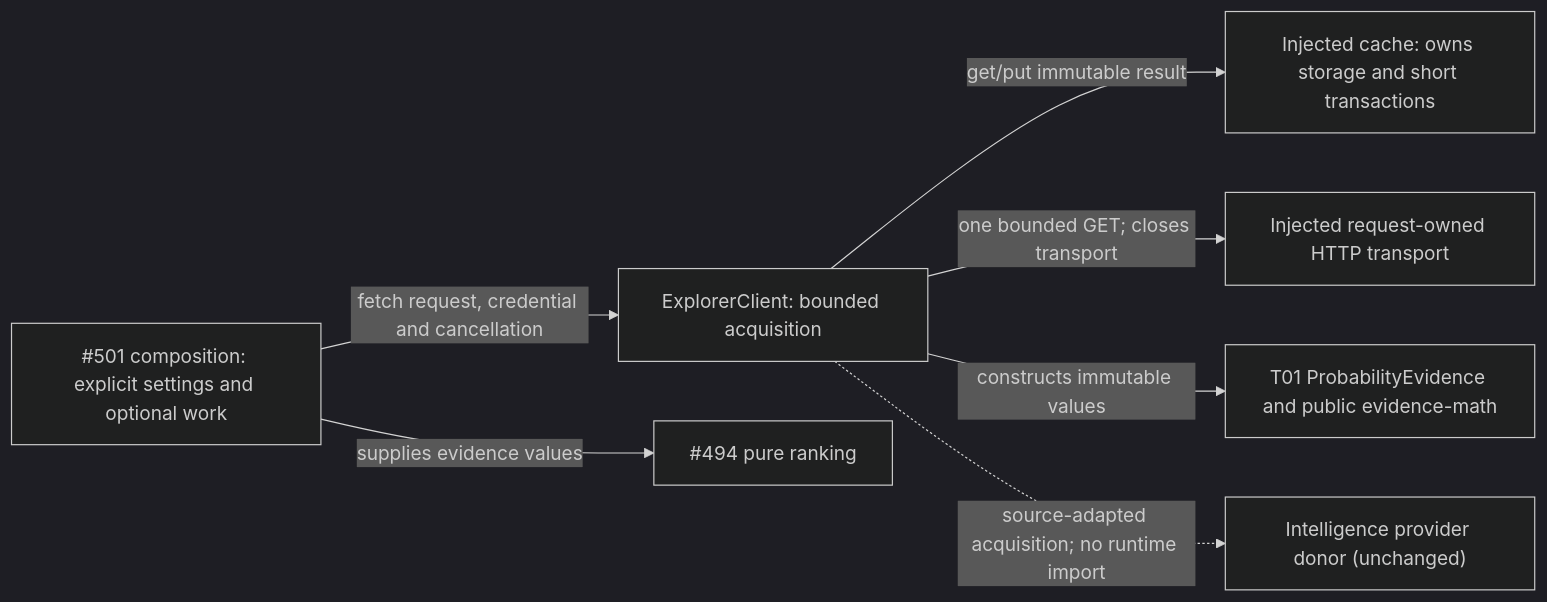
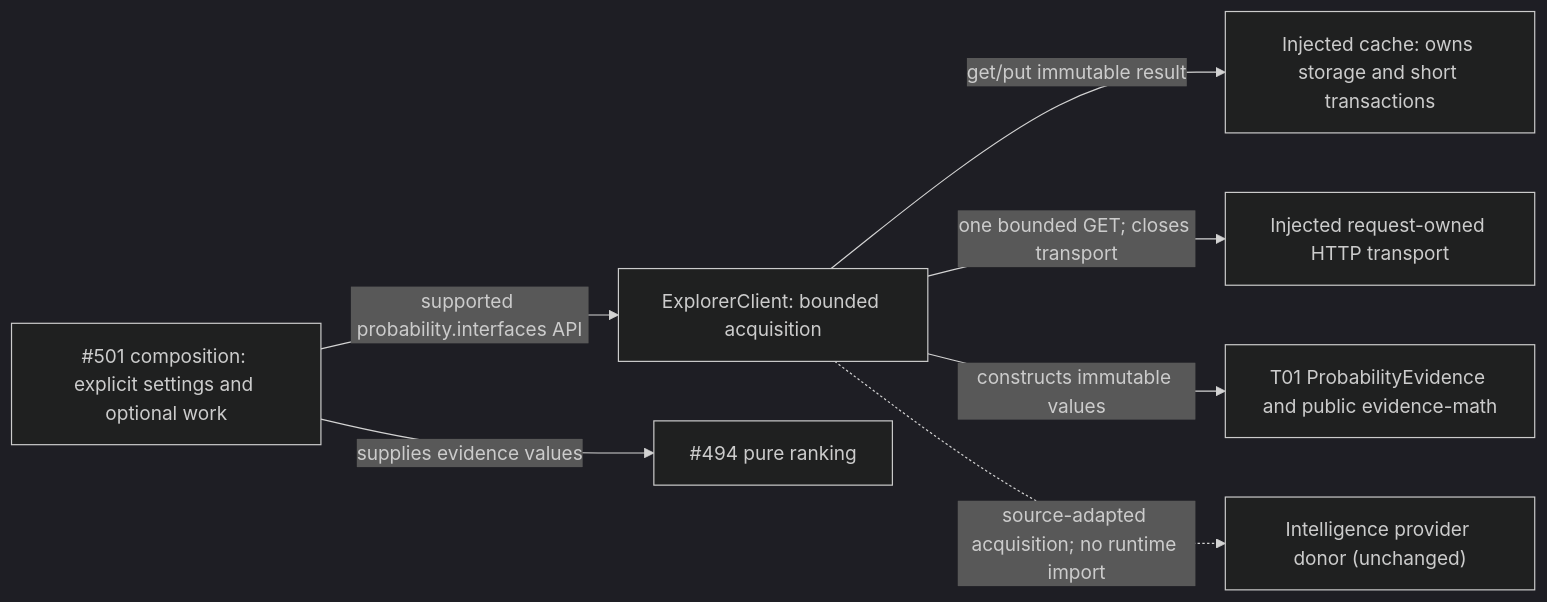
One commit to aaweaver-actuary/tempo changed the first of 2 diagrams in backend/app/analysis/probability/README.md. Above: the diagram before and after it, drawn with Mermaid (dark theme). The commit also changed other lines of this file and 4 other files, not shown here.

````diff
--- a/backend/app/analysis/probability/README.md
+++ b/backend/app/analysis/probability/README.md
@@ -9,9 +11,9 @@
 ```mermaid
 flowchart LR
-  Composition["#501 composition: explicit settings and optional work"] -->|"fetch request, credential and cancellation"| Explorer["ExplorerClient: bounded acquisition"]
+  Composition["#501 composition: explicit settings and optional work"] -->|"supported probability.interfaces API"| Explorer["ExplorerClient: bounded acquisition"]
   Explorer -->|"get/put immutable result"| Cache["Injected cache: owns storage and short transactions"]
   Explorer -->|"one bounded GET; closes transport"| HTTP["Injected request-owned HTTP transport"]
   Explorer -->|"constructs immutable values"| Shared["T01 ProbabilityEvidence and public evidence-math"]
   Composition -->|"supplies evidence values"| Ranking["#494 pure ranking"]
   Explorer -.->|"source-adapted acquisition; no runtime import"| Donor["Intelligence provider donor (unchanged)"]
 ```
````
